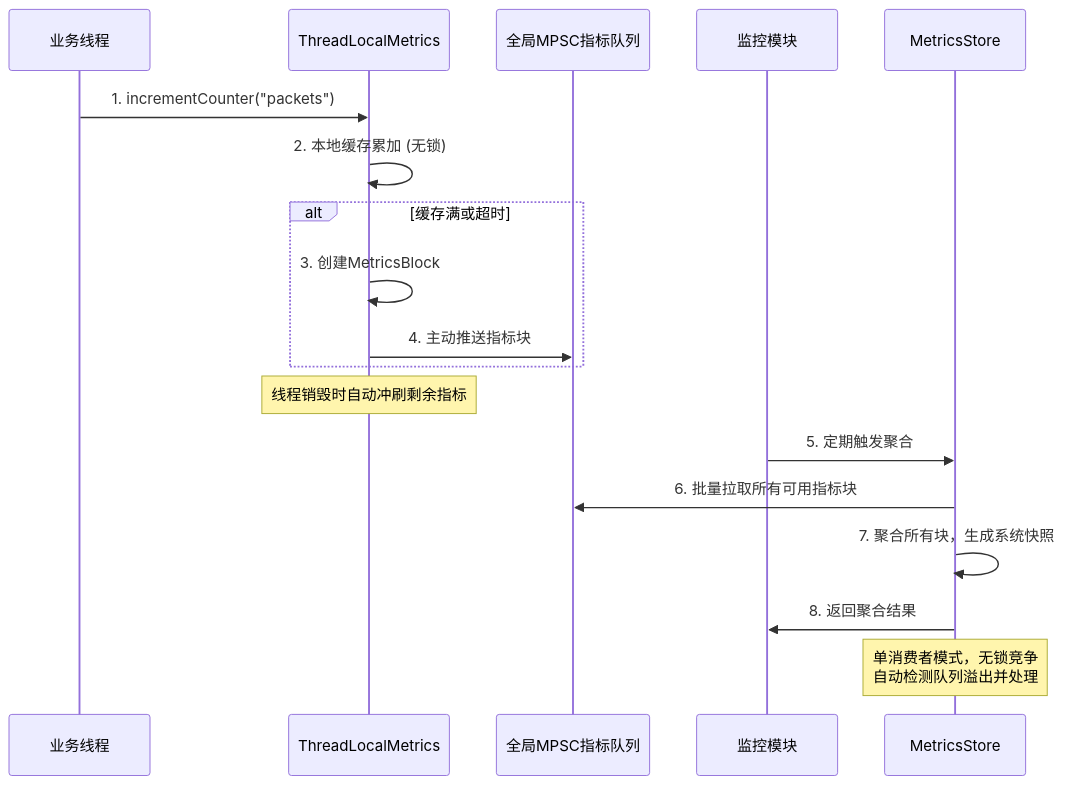
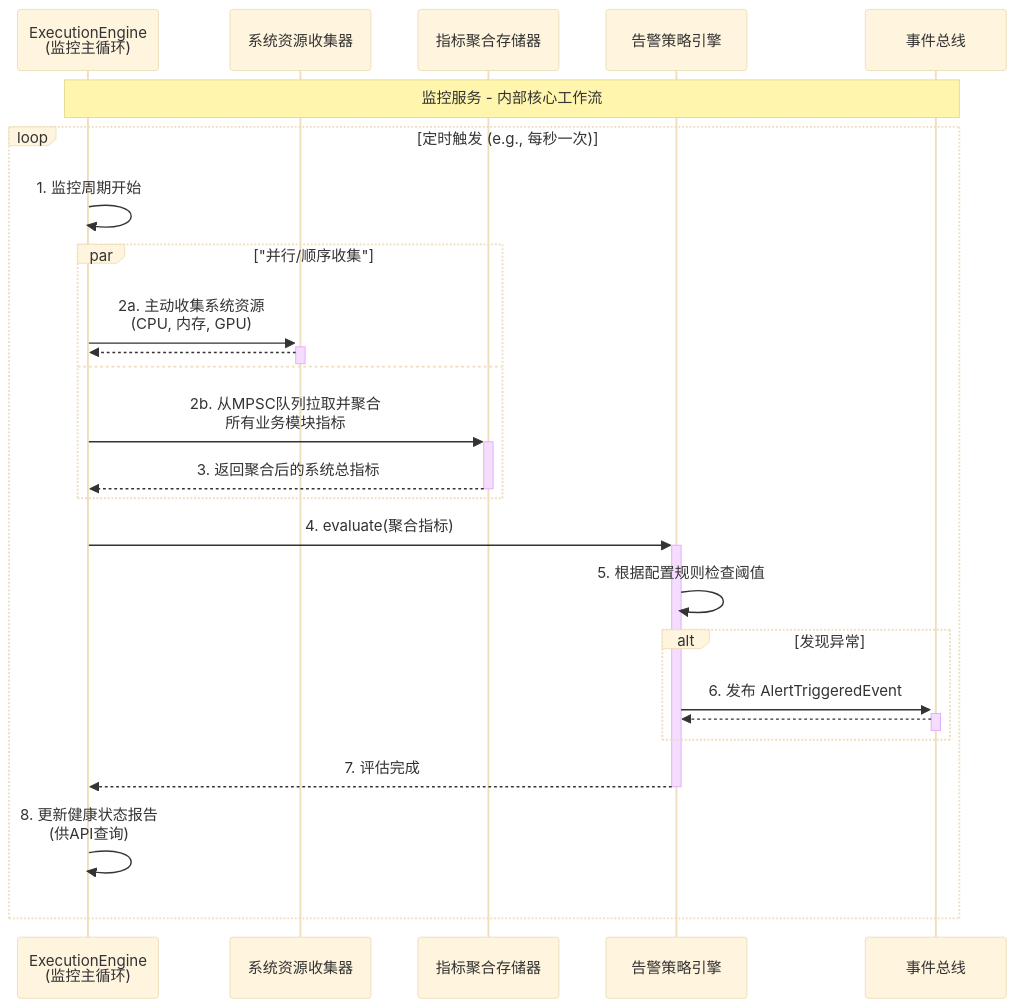
Before and after one commit to wendizhou99-cell/Radar: the fifth of 8 diagrams in docs/01_项目设计/02_模块设计/08_监控服务设计.md, drawn with Mermaid. The commit also changed other lines of this file and 26 other files, not shown here.

First line of the commit message:
docs: 完成数据架构文档系列重构和Mermaid可视化指南增强

````diff
--- a/docs/01_项目设计/02_模块设计/08_监控服务设计.md
+++ b/docs/01_项目设计/02_模块设计/08_监控服务设计.md
@@ -753,25 +296,39 @@
-```mermaid
-sequenceDiagram
-    participant Worker as 业务线程
-    participant TLS as ThreadLocalMetrics
-    participant Queue as 全局MPSC指标队列
-    participant Monitor as 监控模块
-    participant Store as MetricsStore
+    ```mermaid
+    ---
+      config:
+        theme: base
+        flowchart:
+          curve: basis
+    ---
+    sequenceDiagram
+        participant Engine as ExecutionEngine<br/>(监控主循环)
+        participant SysCollector as 系统资源收集器
+        participant MetricsStore as 指标聚合存储器
+        participant AlertEngine as 告警策略引擎
+        participant EventBus as 事件总线
 
-    Worker->>TLS: 1. incrementCounter("packets")
-    TLS->>TLS: 2. 本地缓存累加 (无锁)
+        Note over Engine, EventBus: 监控服务 - 内部核心工作流
 
-    alt 缓存满或超时
-        TLS->>TLS: 3. 创建MetricsBlock
-        TLS->>Queue: 4. 主动推送指标块
-    end
+        loop 定时触发 (e.g., 每秒一次)
+            Engine->>Engine: 1. 监控周期开始
 
-    Note over TLS: 线程销毁时自动冲刷剩余指标
+            par "并行/顺序收集"
+                Engine->>+SysCollector: 2a. 主动收集系统资源<br/>(CPU, 内存, GPU)
+                SysCollector-->>-Engine:
+            and
+                Engine->>+MetricsStore: 2b. 从MPSC队列拉取并聚合<br/>所有业务模块指标
+                MetricsStore-->>-Engine: 3. 返回聚合后的系统总指标
+            end
 
-    Monitor->>Store: 5. 定期触发聚合
-    Store->>Queue: 6. 批量拉取所有可用指标块
-    Store->>Store: 7. 聚合所有块，生成系统快照
-    Store->>Monitor: 8. 返回聚合结果
+            Engine->>+AlertEngine: 4. evaluate(聚合指标)
+            AlertEngine->>AlertEngine: 5. 根据配置规则检查阈值
 
-    Note over Store: 单消费者模式，无锁竞争<br/>自动检测队列溢出并处理
-```
+            alt 发现异常
+                AlertEngine->>+EventBus: 6. 发布 AlertTriggeredEvent
+                EventBus-->>-AlertEngine:
+            end
+            AlertEngine-->>-Engine: 7. 评估完成
+
+            Engine->>Engine: 8. 更新健康状态报告<br/>(供API查询)
+        end
+    ```
````
